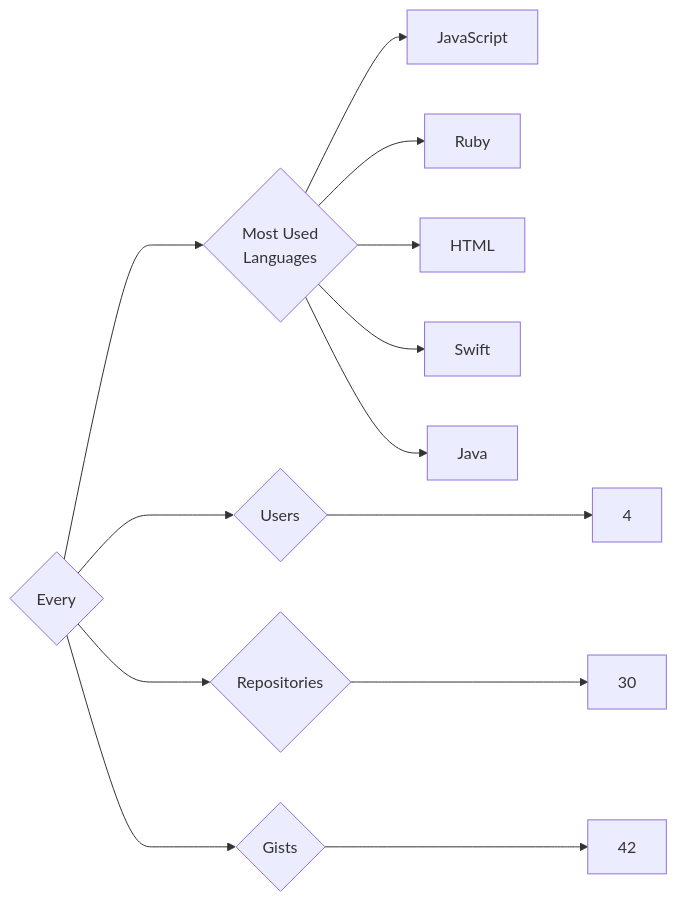
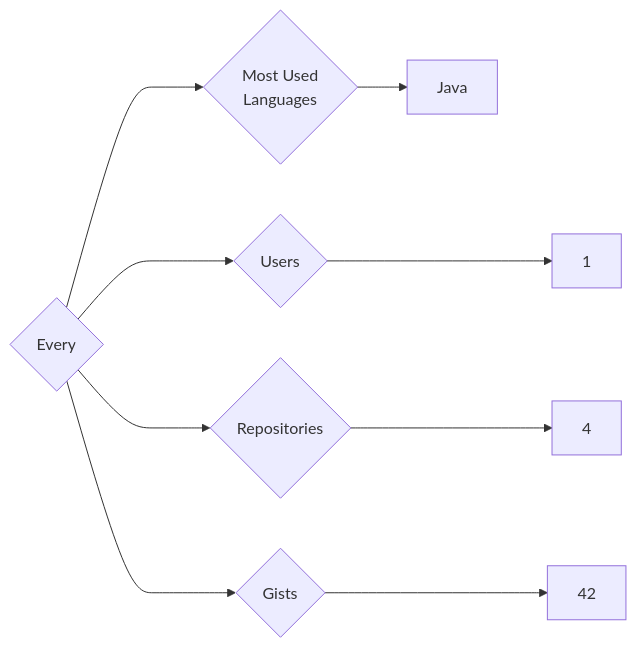
One commit to trickest/insiders changed the diagram in targets/Every/README.md. Above: the diagram before and after it, drawn with Mermaid. The commit also changed 676 other files, not shown here.

````diff
--- a/targets/Every/README.md
+++ b/targets/Every/README.md
@@ -3,13 +3,9 @@
 ```mermaid
 graph LR
 COMPANY_NAME{Every}
-COMPANY_NAME ---> U{Users} ---> UN[4]
-COMPANY_NAME ---> R{Repositories} ---> RN[30]
+COMPANY_NAME ---> U{Users} ---> UN[1]
+COMPANY_NAME ---> R{Repositories} ---> RN[4]
 COMPANY_NAME ---> G{Gists} ---> GN[42]
 COMPANY_NAME ---> ML{Most Used<br>Languages}
-ML --> JavaScript[JavaScript]
-ML --> Ruby[Ruby]
-ML --> HTML[HTML]
-ML --> Swift[Swift]
 ML --> Java[Java]
 ```
````
